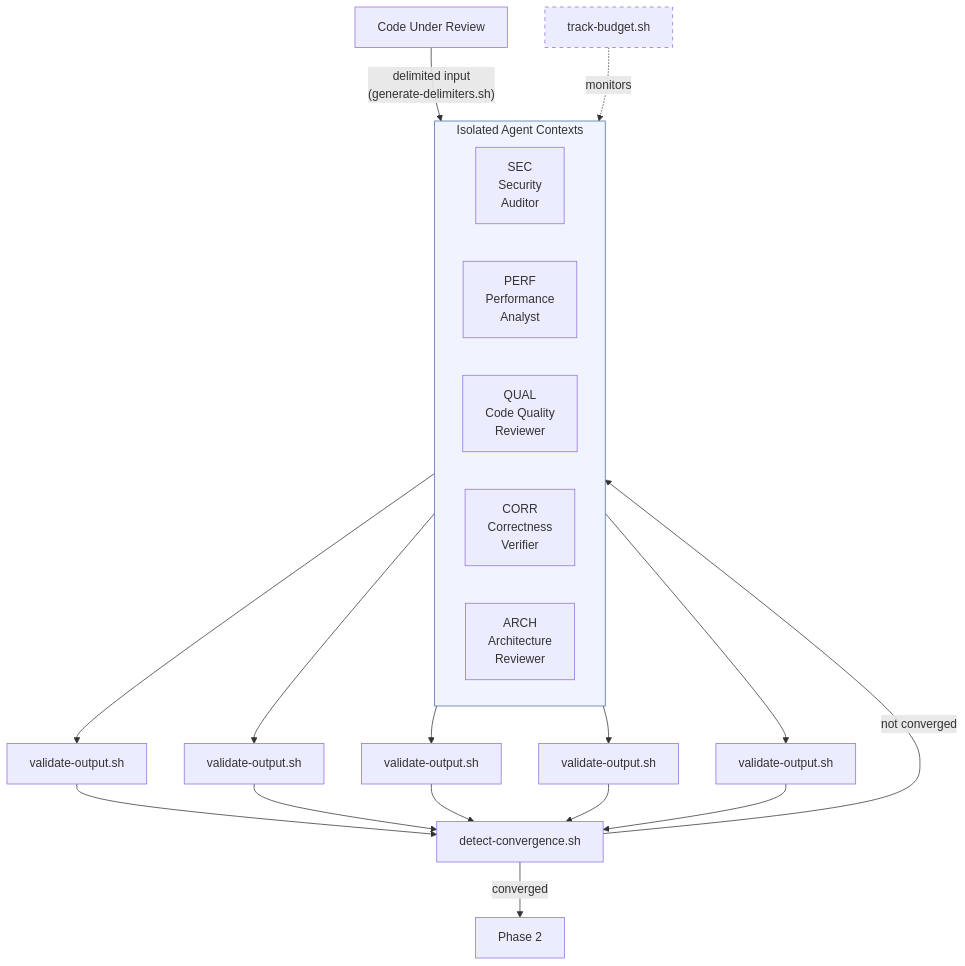
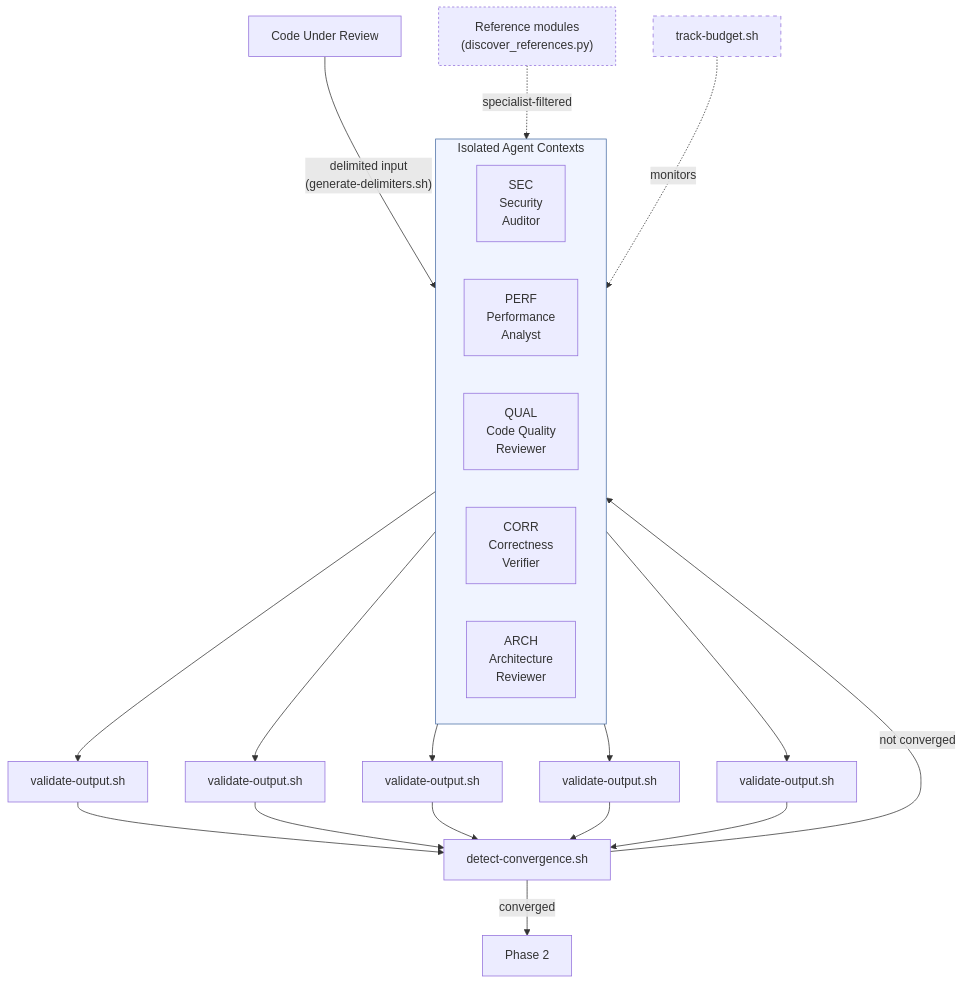
Before and after one commit to ugiordan/adversarial-reviewing: the first of 2 diagrams in site/docs/architecture/multi-agent-isolation.md, drawn with Mermaid. The commit also changed other lines of this file and 22 other files, not shown here.

````diff
--- a/site/docs/architecture/multi-agent-isolation.md
+++ b/site/docs/architecture/multi-agent-isolation.md
@@ -7,28 +7,30 @@
 ```mermaid
 flowchart TB
     subgraph Isolation["Isolated Agent Contexts"]
         direction LR
         SEC["SEC\nSecurity\nAuditor"]
         PERF["PERF\nPerformance\nAnalyst"]
         QUAL["QUAL\nCode Quality\nReviewer"]
         CORR["CORR\nCorrectness\nVerifier"]
         ARCH["ARCH\nArchitecture\nReviewer"]
     end
 
     CODE["Code Under Review"] --> |"delimited input\n(generate-delimiters.sh)"| Isolation
+    REFS["Reference modules\n(discover_references.py)"] -.-> |"specialist-filtered"| Isolation
 
     SEC --> V1["validate-output.sh"]
     PERF --> V2["validate-output.sh"]
     QUAL --> V3["validate-output.sh"]
     CORR --> V4["validate-output.sh"]
     ARCH --> V5["validate-output.sh"]
 
     V1 & V2 & V3 & V4 & V5 --> CONV["detect-convergence.sh"]
     CONV --> |"converged"| NEXT["Phase 2"]
     CONV --> |"not converged"| Isolation
 
     BUDGET["track-budget.sh"] -.-> |"monitors"| Isolation
 
     style Isolation fill:#f0f4ff,stroke:#4a6fa5
     style BUDGET stroke-dasharray: 5 5
+    style REFS stroke-dasharray: 3 3
 ```
````
